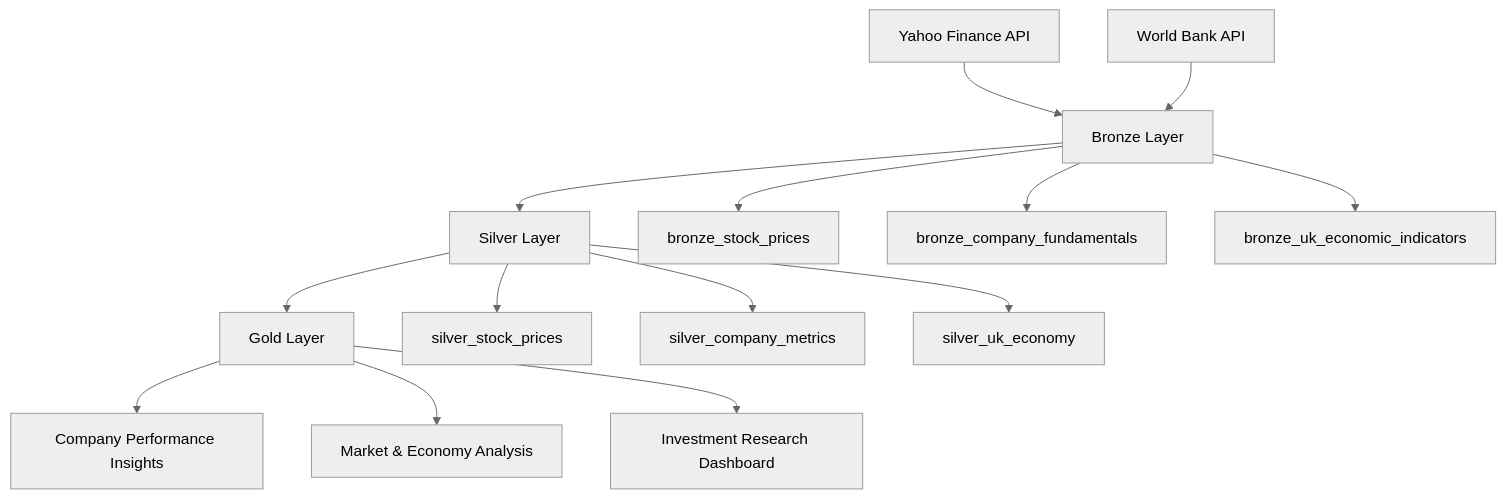
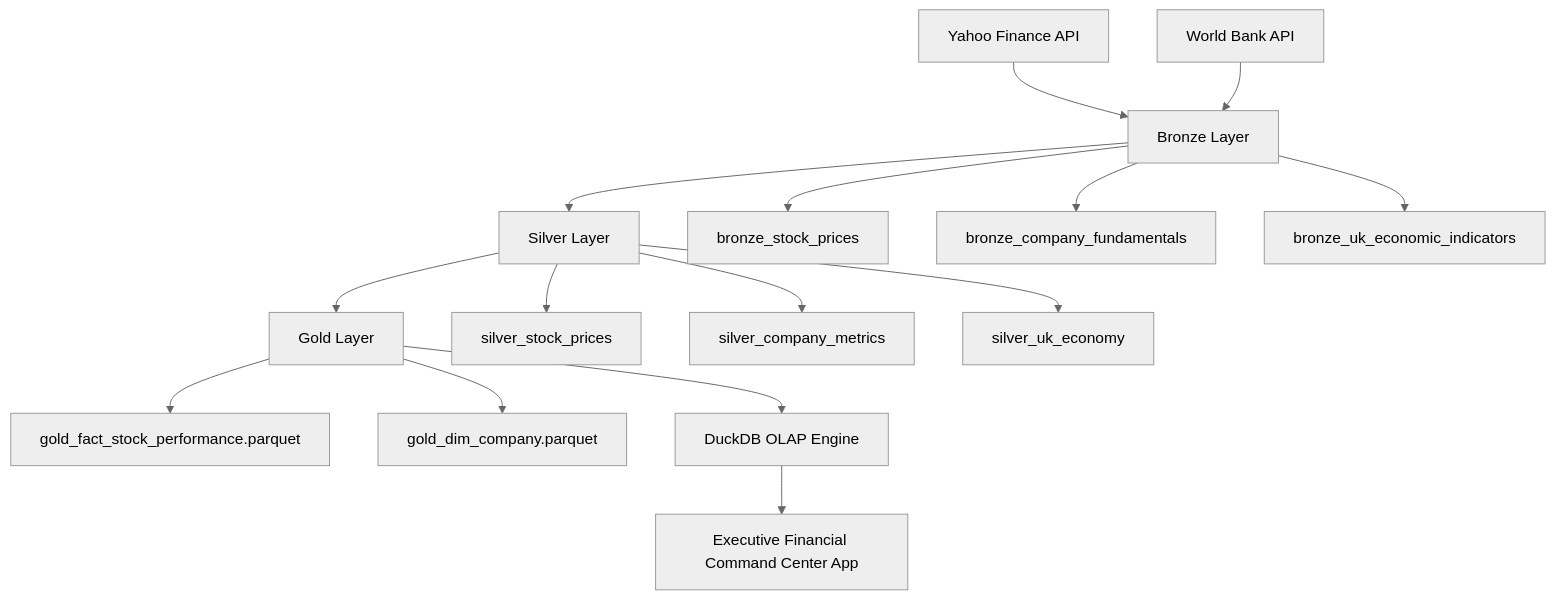
Before and after one commit to yxclearns33/financial-market-lakehouse: the diagram in README.md, drawn with Mermaid (neutral theme). The commit also changed other lines of this file, not shown here.

Commit message:
Update README with Streamlit executive dashboard

````diff
--- a/README.md
+++ b/README.md
@@ -16,21 +21,23 @@
 ```mermaid
 flowchart TD
 
 A[Yahoo Finance API] --> B[Bronze Layer]
 C[World Bank API] --> B
 
 B --> D[Silver Layer]
 D --> E[Gold Layer]
 
 B --> B1[bronze_stock_prices]
 B --> B2[bronze_company_fundamentals]
 B --> B3[bronze_uk_economic_indicators]
 
 D --> D1[silver_stock_prices]
 D --> D2[silver_company_metrics]
 D --> D3[silver_uk_economy]
 
-E --> E1[Company Performance Insights]
-E --> E2[Market & Economy Analysis]
-E --> E3[Investment Research Dashboard]
+E --> E1[gold_fact_stock_performance.parquet]
+E --> E2[gold_dim_company.parquet]
+E --> E3[DuckDB OLAP Engine]
+
+E3 --> F[Executive Financial Command Center App]
 ```
````
